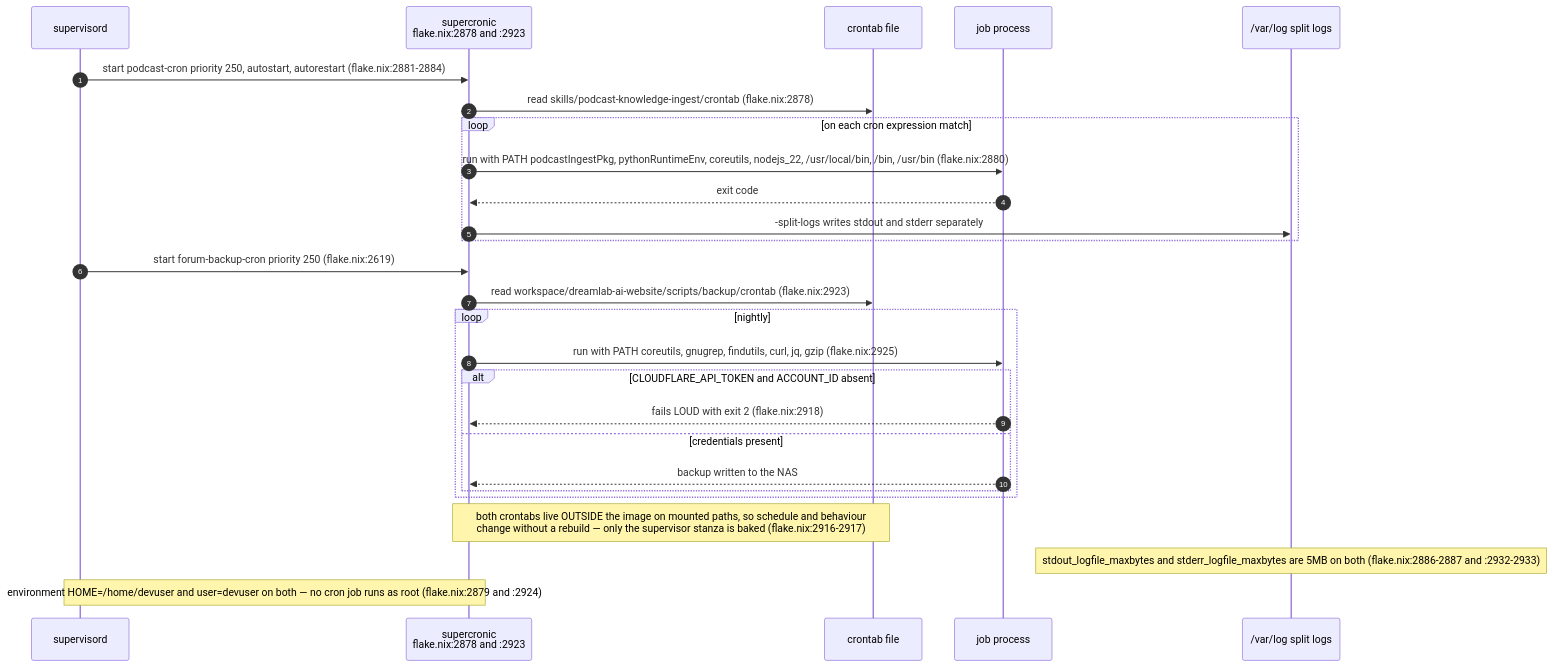
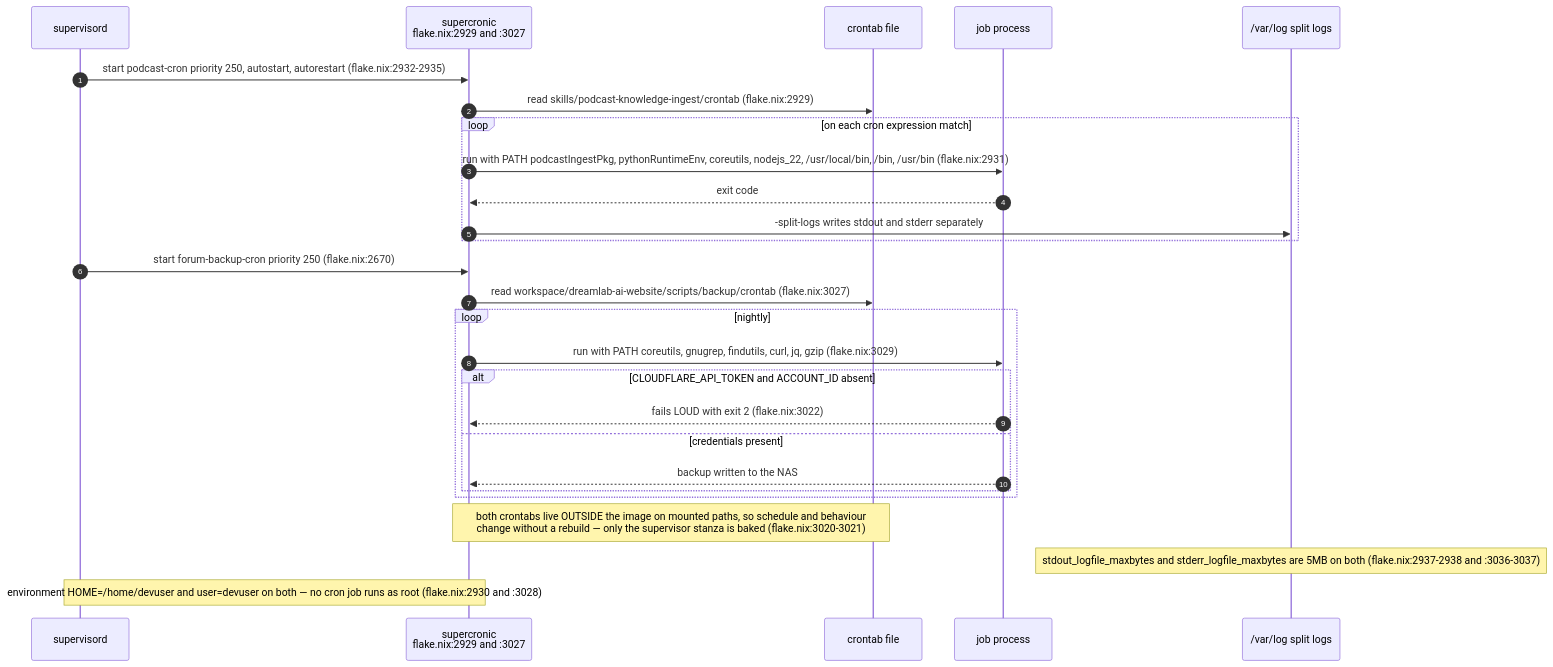
One commit to DreamLab-AI/VisionFlow changed the seventh of 11 diagrams in docs/diagrams/agentbox/07-daemons-reapers-cron-backups.md. Above: the diagram before and after it, drawn with Mermaid. The commit also changed other lines of this file and 80 other files, not shown here.

First line of the commit message:
docs(diagrams): re-verify the agentbox, dreamlab, estate and visionflow corpus against current sources

````diff
--- a/docs/diagrams/agentbox/07-daemons-reapers-cron-backups.md
+++ b/docs/diagrams/agentbox/07-daemons-reapers-cron-backups.md
@@ -283,30 +288,30 @@
 ```mermaid
 sequenceDiagram
     autonumber
     participant SUP as supervisord
-    participant SC as supercronic<br/>flake.nix:2878 and :2923
+    participant SC as supercronic<br/>flake.nix:2929 and :3027
     participant CT as crontab file
     participant J as job process
     participant L as /var/log split logs
 
-    SUP->>SC: start podcast-cron priority 250, autostart, autorestart (flake.nix:2881-2884)
-    SC->>CT: read skills/podcast-knowledge-ingest/crontab (flake.nix:2878)
+    SUP->>SC: start podcast-cron priority 250, autostart, autorestart (flake.nix:2932-2935)
+    SC->>CT: read skills/podcast-knowledge-ingest/crontab (flake.nix:2929)
     loop on each cron expression match
-        SC->>J: run with PATH podcastIngestPkg, pythonRuntimeEnv, coreutils, nodejs_22, /usr/local/bin, /bin, /usr/bin (flake.nix:2880)
+        SC->>J: run with PATH podcastIngestPkg, pythonRuntimeEnv, coreutils, nodejs_22, /usr/local/bin, /bin, /usr/bin (flake.nix:2931)
         J-->>SC: exit code
         SC->>L: -split-logs writes stdout and stderr separately
     end
-    SUP->>SC: start forum-backup-cron priority 250 (flake.nix:2619)
-    SC->>CT: read workspace/dreamlab-ai-website/scripts/backup/crontab (flake.nix:2923)
+    SUP->>SC: start forum-backup-cron priority 250 (flake.nix:2670)
+    SC->>CT: read workspace/dreamlab-ai-website/scripts/backup/crontab (flake.nix:3027)
     loop nightly
-        SC->>J: run with PATH coreutils, gnugrep, findutils, curl, jq, gzip (flake.nix:2925)
+        SC->>J: run with PATH coreutils, gnugrep, findutils, curl, jq, gzip (flake.nix:3029)
         alt CLOUDFLARE_API_TOKEN and ACCOUNT_ID absent
-            J-->>SC: fails LOUD with exit 2 (flake.nix:2918)
+            J-->>SC: fails LOUD with exit 2 (flake.nix:3022)
         else credentials present
             J-->>SC: backup written to the NAS
         end
     end
-    Note over SC,CT: both crontabs live OUTSIDE the image on mounted paths, so schedule and behaviour<br/>change without a rebuild — only the supervisor stanza is baked (flake.nix:2916-2917)
-    Note over L: stdout_logfile_maxbytes and stderr_logfile_maxbytes are 5MB on both (flake.nix:2886-2887 and :2932-2933)
-    Note over SUP,SC: environment HOME=/home/devuser and user=devuser on both — no cron job runs as root (flake.nix:2879 and :2924)
+    Note over SC,CT: both crontabs live OUTSIDE the image on mounted paths, so schedule and behaviour<br/>change without a rebuild — only the supervisor stanza is baked (flake.nix:3020-3021)
+    Note over L: stdout_logfile_maxbytes and stderr_logfile_maxbytes are 5MB on both (flake.nix:2937-2938 and :3036-3037)
+    Note over SUP,SC: environment HOME=/home/devuser and user=devuser on both — no cron job runs as root (flake.nix:2930 and :3028)
 ```
````
